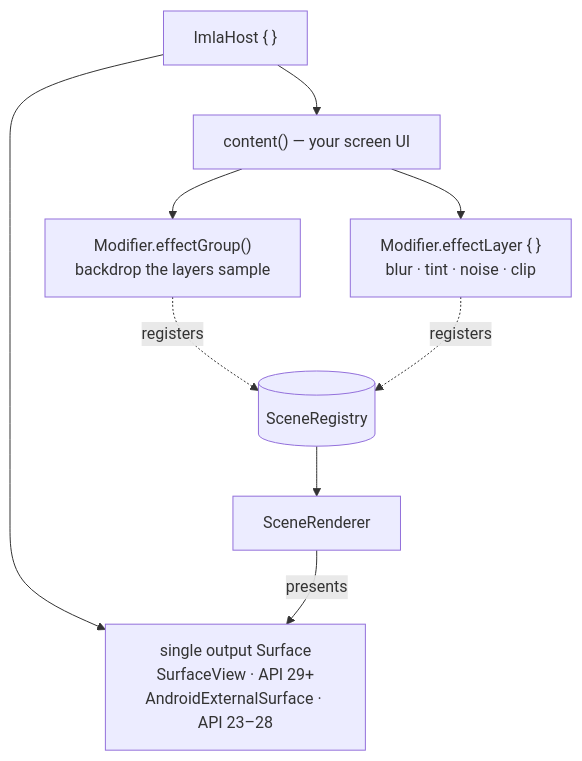
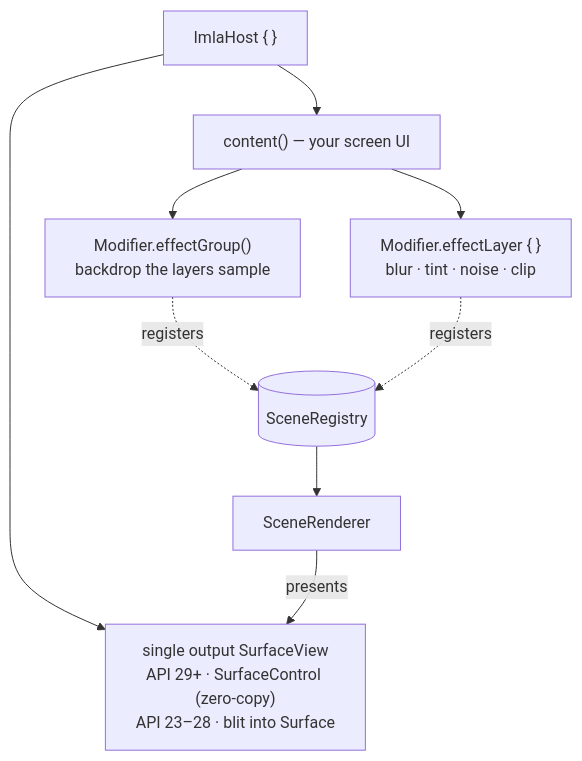
The first of 3 diagrams in README.md (desugar-64/imla), drawn with Mermaid before and after one commit. The commit also changed other lines of this file and 1 other file, not shown here.

First line of the commit message:
doc: correct output-surface description, both paths use SurfaceView

````diff
--- a/README.md
+++ b/README.md
@@ -90,19 +90,19 @@
 ```mermaid
 flowchart TB
     Host["ImlaHost { }"]
     Content["content() — your screen UI"]
     Group["Modifier.effectGroup()<br/>backdrop the layers sample"]
     Layer["Modifier.effectLayer { }<br/>blur · tint · noise · clip"]
     Registry[("SceneRegistry")]
     Renderer["SceneRenderer"]
-    Surface["single output Surface<br/>SurfaceView · API 29+<br/>AndroidExternalSurface · API 23–28"]
+    Surface["single output SurfaceView<br/>API 29+ · SurfaceControl (zero-copy)<br/>API 23–28 · blit into Surface"]
 
     Host --> Content
     Host --> Surface
     Content --> Group
     Content --> Layer
     Group -. registers .-> Registry
     Layer -. registers .-> Registry
     Registry --> Renderer
     Renderer -- presents --> Surface
 ```
````
